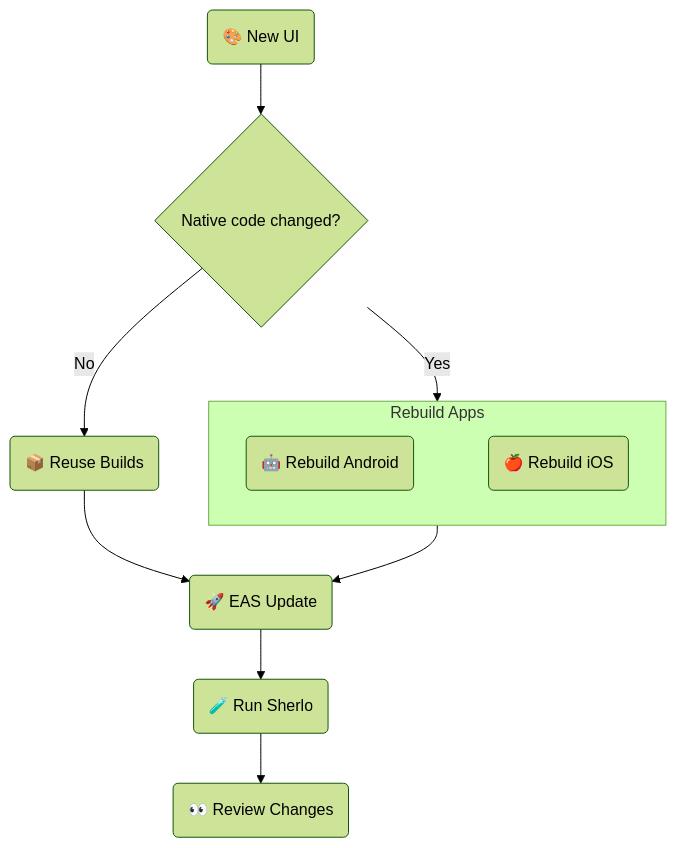
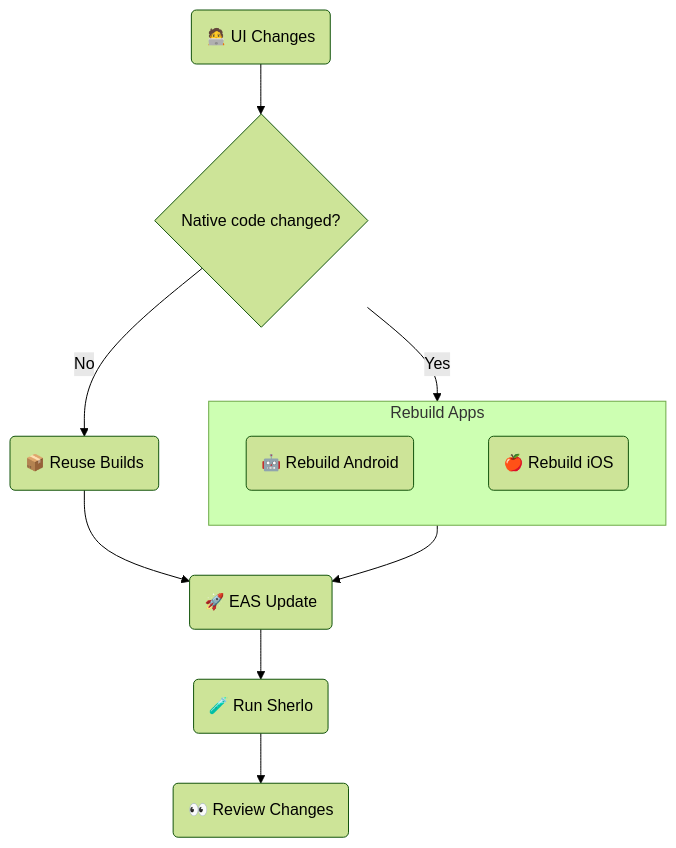
The diagram in examples/eas-update/README.md (sherlo-io/sherlo), drawn with Mermaid (forest theme) before and after one commit.

Commit message:
no message

````diff
--- a/examples/eas-update/README.md
+++ b/examples/eas-update/README.md
@@ -13,23 +13,23 @@
 ```mermaid
 flowchart TB
-   UI(🎨 New UI)
+   UI(🧑‍💻 UI Changes)
    Check{Native code changed?}
    Reuse(📦 Reuse Builds)
    Update(🚀 EAS Update)
    Sherlo(🧪 Run Sherlo)
    Review(👀 Review Changes)
 
    subgraph Rebuild[Rebuild Apps]
       direction LR
       Android(🤖 Rebuild Android)
       iOS(🍎 Rebuild iOS)
       Android ~~~ iOS
    end
 
    UI --> Check
    Check -->|No| Reuse
    Check -->|Yes| Rebuild
    Reuse & Rebuild --> Update
    Update --> Sherlo
    Sherlo --> Review
 ```
````
